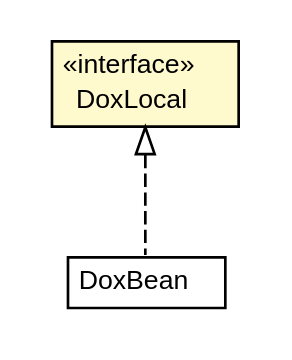
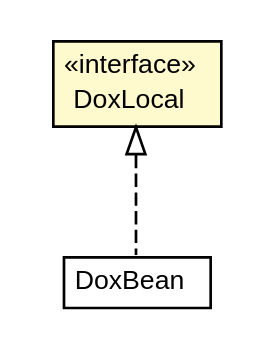
Before and after one commit to trajano/doxdb: the diagram in doxdb-rest/apidocs/net/trajano/doxdb/ejb/DoxLocal.dot, drawn with Graphviz. The commit also changed 214 other files, not shown here.

```diff
--- a/doxdb-rest/apidocs/net/trajano/doxdb/ejb/DoxLocal.dot
+++ b/doxdb-rest/apidocs/net/trajano/doxdb/ejb/DoxLocal.dot
@@ -1,27 +1,27 @@
 #!/usr/local/bin/dot
 #
 # Class diagram 
 # Generated by UMLGraph version R5_6-24-gf6e263 (http://www.umlgraph.org/)
 #
 
 digraph G {
-	edge [fontname="Helvetica",fontsize=10,labelfontname="Helvetica",labelfontsize=10];
-	node [fontname="Helvetica",fontsize=10,shape=plaintext];
+	edge [fontname="arial",fontsize=10,labelfontname="arial",labelfontsize=10];
+	node [fontname="arial",fontsize=10,shape=plaintext];
 	nodesep=0.25;
 	ranksep=0.5;
-	// net.trajano.doxdb.ejb.DoxBean
-	c101 [label=<<table title="net.trajano.doxdb.ejb.DoxBean" border="0" cellborder="1" cellspacing="0" cellpadding="2" port="p" href="./DoxBean.html">
-		<tr><td><table border="0" cellspacing="0" cellpadding="1">
-<tr><td align="center" balign="center"> DoxBean </td></tr>
-		</table></td></tr>
-		</table>>, URL="./DoxBean.html", fontname="Helvetica", fontcolor="black", fontsize=10.0];
 	// net.trajano.doxdb.ejb.DoxLocal
-	c102 [label=<<table title="net.trajano.doxdb.ejb.DoxLocal" border="0" cellborder="1" cellspacing="0" cellpadding="2" port="p" bgcolor="lemonChiffon" href="./DoxLocal.html">
+	c133 [label=<<table title="net.trajano.doxdb.ejb.DoxLocal" border="0" cellborder="1" cellspacing="0" cellpadding="2" port="p" bgcolor="lemonChiffon" href="./DoxLocal.html">
 		<tr><td><table border="0" cellspacing="0" cellpadding="1">
 <tr><td align="center" balign="center"> &#171;interface&#187; </td></tr>
 <tr><td align="center" balign="center"> DoxLocal </td></tr>
 		</table></td></tr>
-		</table>>, URL="./DoxLocal.html", fontname="Helvetica", fontcolor="black", fontsize=10.0];
+		</table>>, URL="./DoxLocal.html", fontname="arial", fontcolor="black", fontsize=10.0];
+	// net.trajano.doxdb.ejb.DoxBean
+	c134 [label=<<table title="net.trajano.doxdb.ejb.DoxBean" border="0" cellborder="1" cellspacing="0" cellpadding="2" port="p" href="./DoxBean.html">
+		<tr><td><table border="0" cellspacing="0" cellpadding="1">
+<tr><td align="center" balign="center"> DoxBean </td></tr>
+		</table></td></tr>
+		</table>>, URL="./DoxBean.html", fontname="arial", fontcolor="black", fontsize=10.0];
 	//net.trajano.doxdb.ejb.DoxBean implements net.trajano.doxdb.ejb.DoxLocal
-	c102:p -> c101:p [dir=back,arrowtail=empty,style=dashed];
+	c133:p -> c134:p [dir=back,arrowtail=empty,style=dashed];
 }
```
